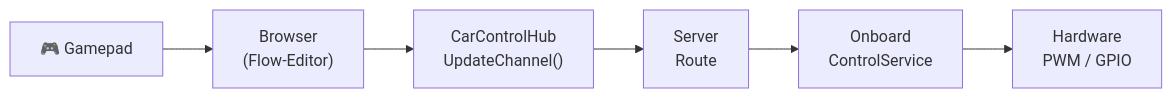
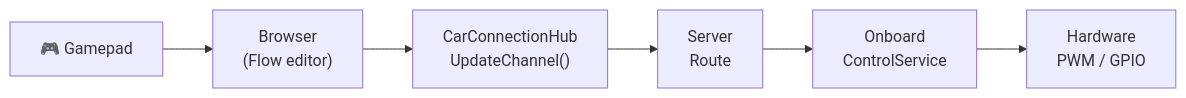
Before and after one commit to atomroflman/LteCar: the second of 6 diagrams in Docs/Architecture.md, drawn with Mermaid. The commit also changed other lines of this file and 10 other files, not shown here.

````diff
--- a/Docs/Architecture.md
+++ b/Docs/Architecture.md
@@ -63,15 +63,15 @@
 ```mermaid
 graph LR
     Gamepad["🎮 Gamepad"]
-    Browser["Browser<br/>(Flow-Editor)"]
-    Hub["CarControlHub<br/>UpdateChannel()"]
+    Browser["Browser<br/>(Flow editor)"]
+    Hub["CarConnectionHub<br/>UpdateChannel()"]
     Server["Server<br/>Route"]
     Onboard["Onboard<br/>ControlService"]
     HW["Hardware<br/>PWM / GPIO"]
 
     Gamepad --> Browser
     Browser --> Hub
     Hub --> Server
     Server --> Onboard
     Onboard --> HW
 ```
````
